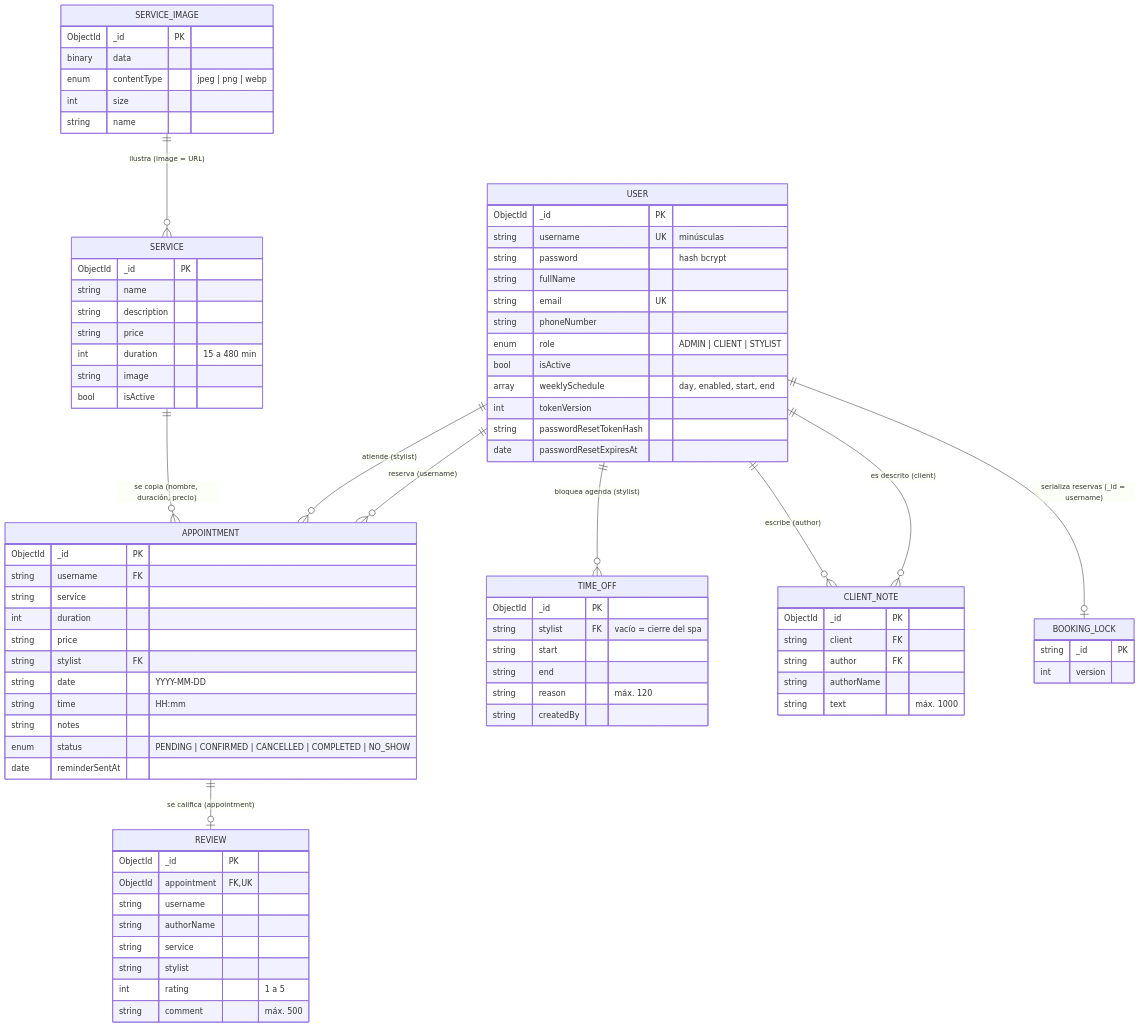
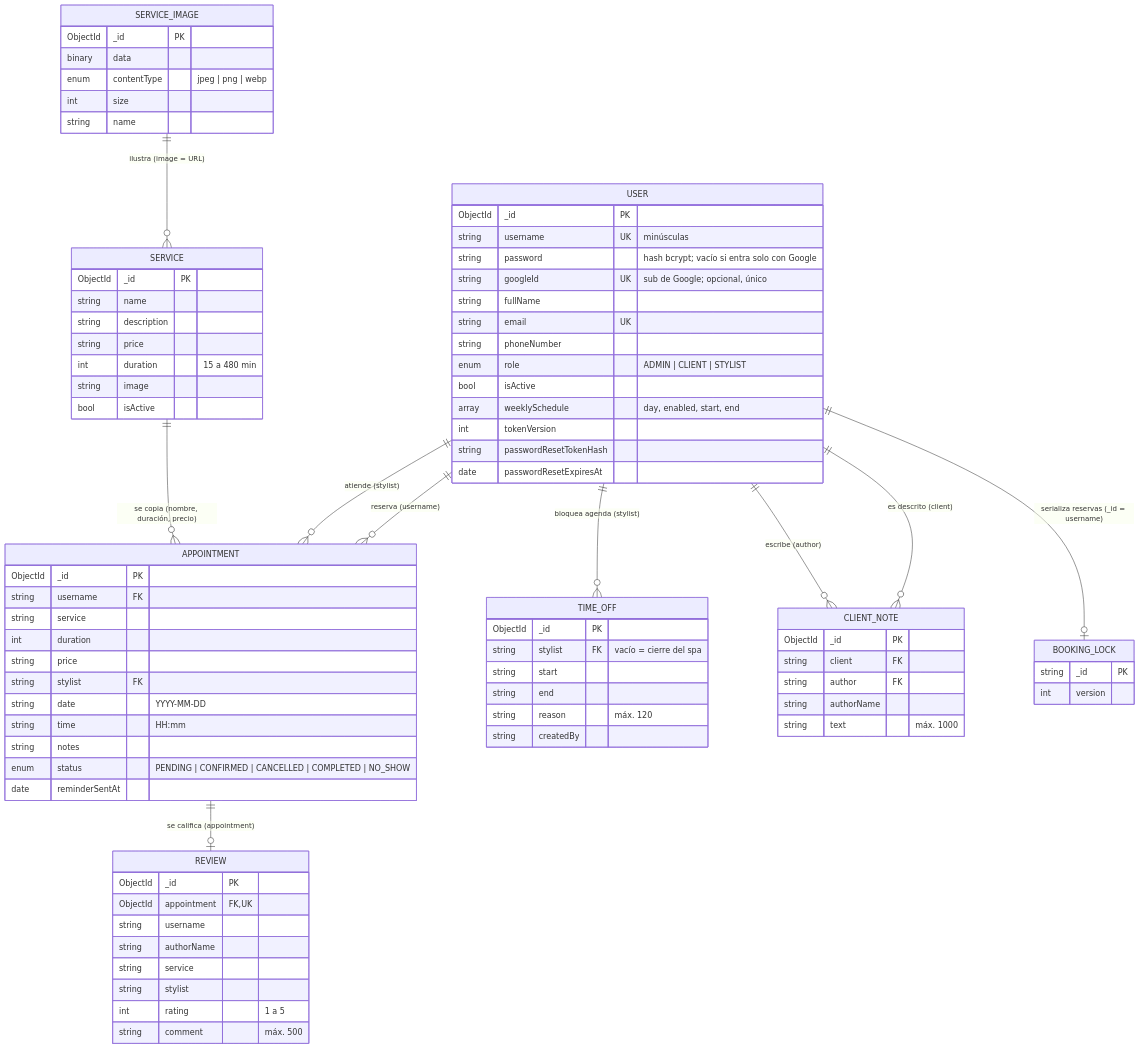
The diagram in docs/10-logica-de-datos/diagrama-de-colecciones.mmd (Omarcito-28/spa4.0), drawn with Mermaid before and after one commit. The commit also changed 5 other files, not shown here.

```diff
--- a/docs/10-logica-de-datos/diagrama-de-colecciones.mmd
+++ b/docs/10-logica-de-datos/diagrama-de-colecciones.mmd
@@ -1,82 +1,83 @@
 erDiagram
   USER ||--o{ APPOINTMENT : "reserva (username)"
   USER ||--o{ APPOINTMENT : "atiende (stylist)"
   SERVICE ||--o{ APPOINTMENT : "se copia (nombre, duración, precio)"
   APPOINTMENT ||--o| REVIEW : "se califica (appointment)"
   USER ||--o{ TIME_OFF : "bloquea agenda (stylist)"
   USER ||--o{ CLIENT_NOTE : "es descrito (client)"
   USER ||--o{ CLIENT_NOTE : "escribe (author)"
   SERVICE_IMAGE ||--o{ SERVICE : "ilustra (image = URL)"
   USER ||--o| BOOKING_LOCK : "serializa reservas (_id = username)"
   USER {
     ObjectId _id PK
     string username UK "minúsculas"
-    string password "hash bcrypt"
+    string password "hash bcrypt; vacío si entra solo con Google"
+    string googleId UK "sub de Google; opcional, único"
     string fullName
     string email UK
     string phoneNumber
     enum role "ADMIN | CLIENT | STYLIST"
     bool isActive
     array weeklySchedule "day, enabled, start, end"
     int tokenVersion
     string passwordResetTokenHash
     date passwordResetExpiresAt
   }
   SERVICE {
     ObjectId _id PK
     string name
     string description
     string price
     int duration "15 a 480 min"
     string image
     bool isActive
   }
   APPOINTMENT {
     ObjectId _id PK
     string username FK
     string service
     int duration
     string price
     string stylist FK
     string date "YYYY-MM-DD"
     string time "HH:mm"
     string notes
     enum status "PENDING | CONFIRMED | CANCELLED | COMPLETED | NO_SHOW"
     date reminderSentAt
   }
   REVIEW {
     ObjectId _id PK
     ObjectId appointment FK,UK
     string username
     string authorName
     string service
     string stylist
     int rating "1 a 5"
     string comment "máx. 500"
   }
   TIME_OFF {
     ObjectId _id PK
     string stylist FK "vacío = cierre del spa"
     string start
     string end
     string reason "máx. 120"
     string createdBy
   }
   CLIENT_NOTE {
     ObjectId _id PK
     string client FK
     string author FK
     string authorName
     string text "máx. 1000"
   }
   SERVICE_IMAGE {
     ObjectId _id PK
     binary data
     enum contentType "jpeg | png | webp"
     int size
     string name
   }
   BOOKING_LOCK {
     string _id PK
     int version
   }
```
